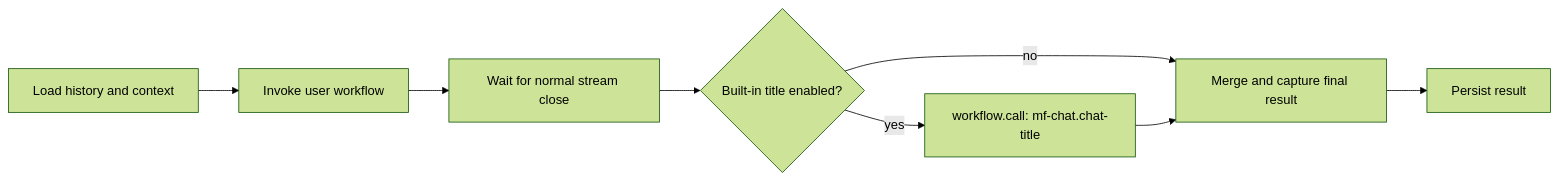
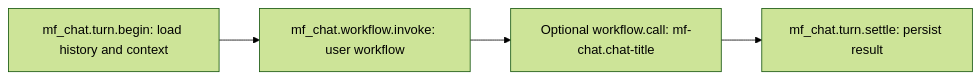
The diagram in docs/chat.md (linw1995/miniflow), drawn with Mermaid (forest theme) before and after one commit. The commit also changed other lines of this file and 8 other files, not shown here.

````diff
--- a/docs/chat.md
+++ b/docs/chat.md
@@ -58,10 +58,6 @@
 ```mermaid
 flowchart LR
-    Begin["Load history and context"] --> Invoke["Invoke user workflow"]
-    Invoke --> Route["Wait for normal stream close"]
-    Route --> Enabled{"Built-in title enabled?"}
-    Enabled -->|yes| Title["workflow.call: mf-chat.chat-title"]
-    Enabled -->|no| Complete["Merge and capture final result"]
-    Title --> Complete
-    Complete --> Settle["Persist result"]
+    Begin["mf_chat.turn.begin: load history and context"] --> Invoke["mf_chat.workflow.invoke: user workflow"]
+    Invoke --> Title["Optional workflow.call: mf-chat.chat-title"]
+    Title --> Settle["mf_chat.turn.settle: persist result"]
 ```
````
